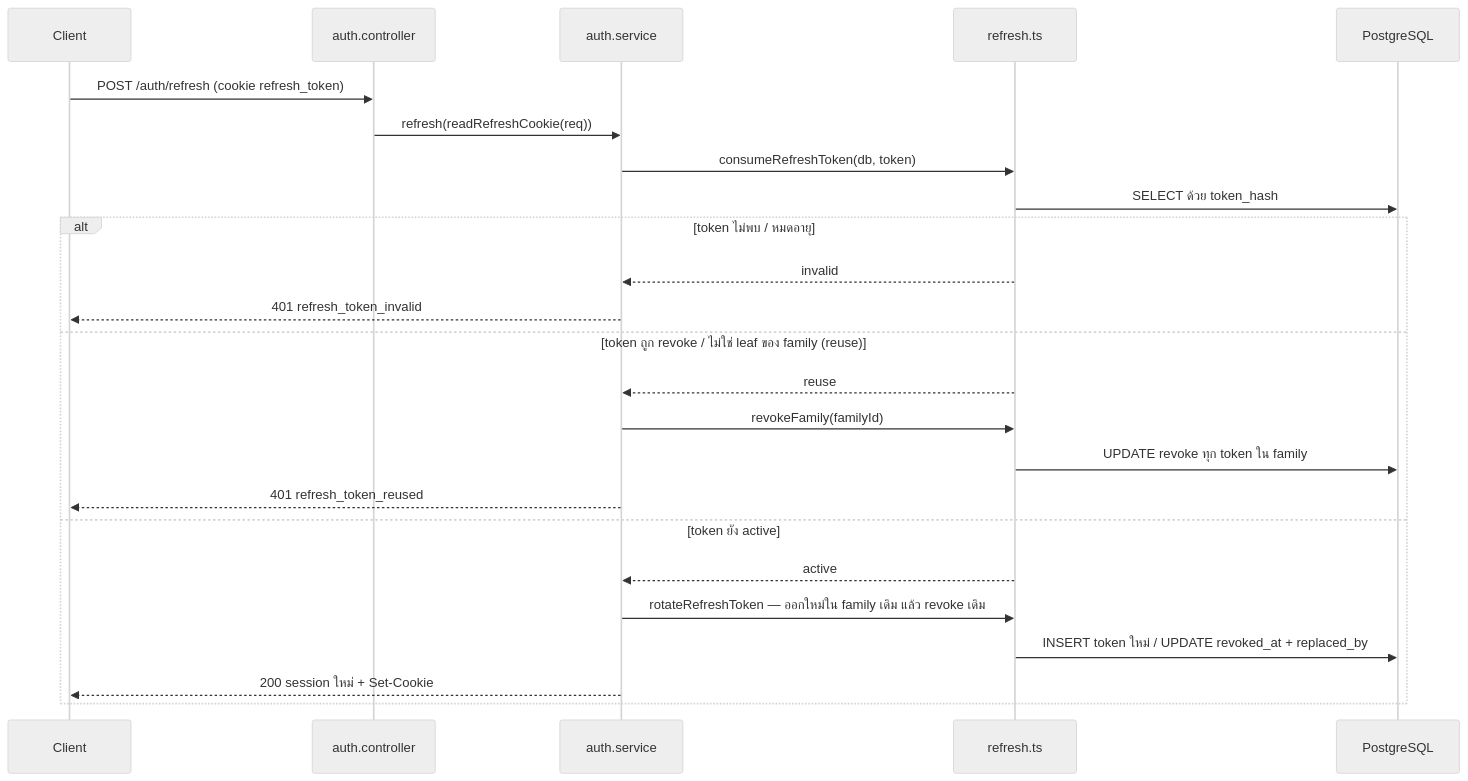
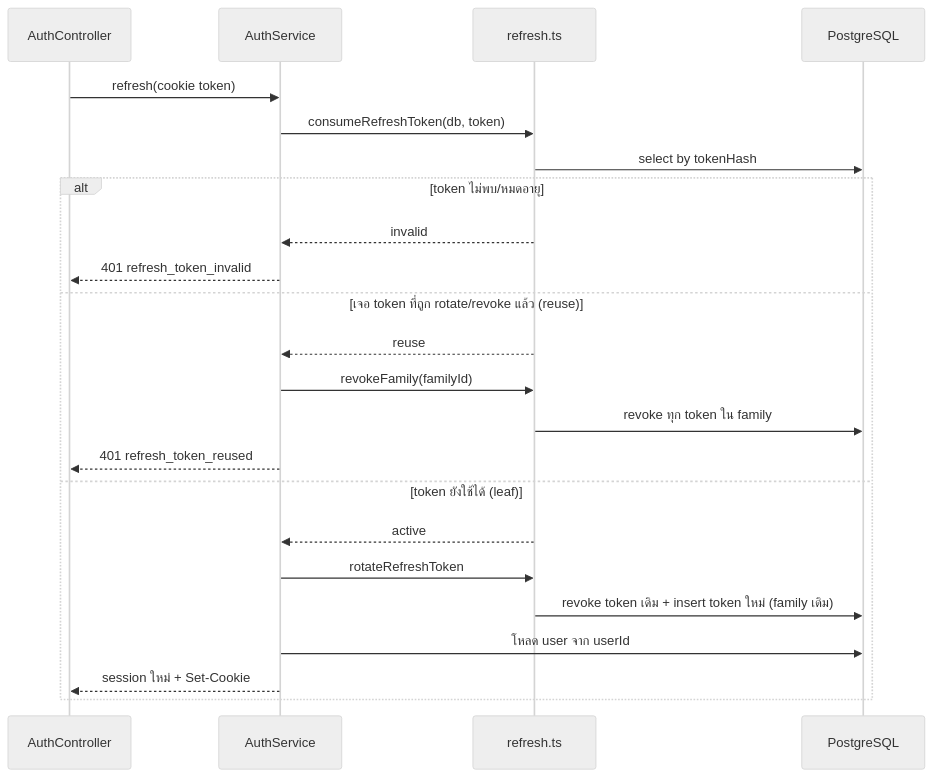
One commit to Open-Science-and-Data-management/Backend changed the first of 2 diagrams in src/features/auth/README.md. Above: the diagram before and after it, drawn with Mermaid (neutral theme). The commit also changed other lines of this file and 22 other files, not shown here.

Commit message:
chore(wip): FF2569 form-aware ingestion — plan, spec, research, template schema, OOXML extractor, fixture, jszip dep (pre-implementation baseline)

````diff
--- a/src/features/auth/README.md
+++ b/src/features/auth/README.md
@@ -191,26 +106,26 @@
 ```mermaid
 sequenceDiagram
-    participant FE as Client
-    participant C as auth.controller
-    participant S as auth.service
-    participant RF as refresh.ts
+    participant C as AuthController
+    participant S as AuthService
+    participant R as refresh.ts
     participant DB as PostgreSQL
-    FE->>C: POST /auth/refresh (cookie refresh_token)
-    C->>S: refresh(readRefreshCookie(req))
-    S->>RF: consumeRefreshToken(db, token)
-    RF->>DB: SELECT ด้วย token_hash
-    alt token ไม่พบ / หมดอายุ
-        RF-->>S: invalid
-        S-->>FE: 401 refresh_token_invalid
-    else token ถูก revoke / ไม่ใช่ leaf ของ family (reuse)
-        RF-->>S: reuse
-        S->>RF: revokeFamily(familyId)
-        RF->>DB: UPDATE revoke ทุก token ใน family
-        S-->>FE: 401 refresh_token_reused
-    else token ยัง active
-        RF-->>S: active
-        S->>RF: rotateRefreshToken — ออกใหม่ใน family เดิม แล้ว revoke เดิม
-        RF->>DB: INSERT token ใหม่ / UPDATE revoked_at + replaced_by
-        S-->>FE: 200 session ใหม่ + Set-Cookie
+
+    C->>S: refresh(cookie token)
+    S->>R: consumeRefreshToken(db, token)
+    R->>DB: select by tokenHash
+    alt token ไม่พบ/หมดอายุ
+        R-->>S: invalid
+        S-->>C: 401 refresh_token_invalid
+    else เจอ token ที่ถูก rotate/revoke แล้ว (reuse)
+        R-->>S: reuse
+        S->>R: revokeFamily(familyId)
+        R->>DB: revoke ทุก token ใน family
+        S-->>C: 401 refresh_token_reused
+    else token ยังใช้ได้ (leaf)
+        R-->>S: active
+        S->>R: rotateRefreshToken
+        R->>DB: revoke token เดิม + insert token ใหม่ (family เดิม)
+        S->>DB: โหลด user จาก userId
+        S-->>C: session ใหม่ + Set-Cookie
     end
 ```
````
